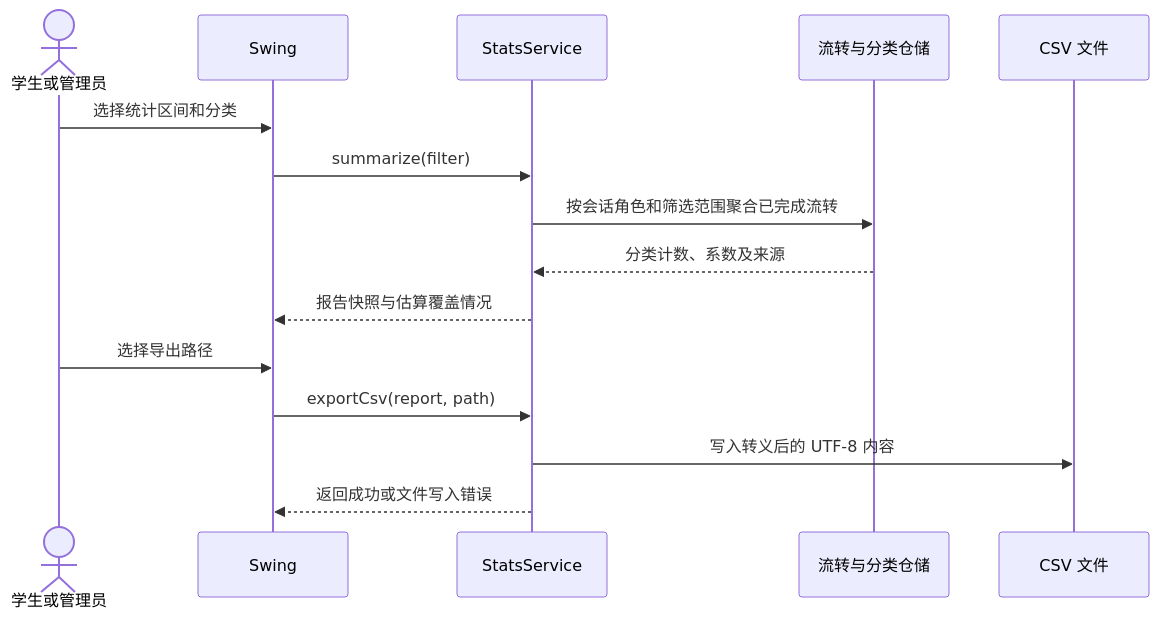
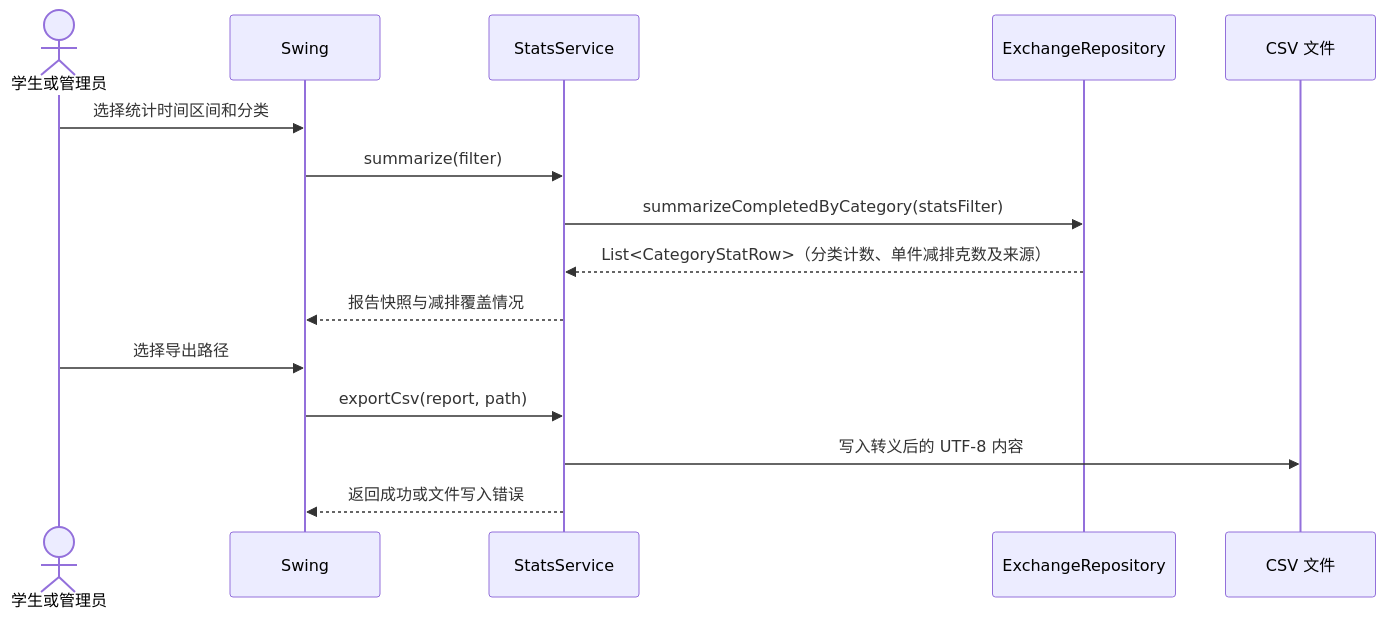
Before and after one commit to Ayin-gqzz/campus-resource-circulation: the fourth of 4 diagrams in docs/uml.md, drawn with Mermaid. The commit also changed other lines of this file and 3 other files, not shown here.

Commit message:
docs: align UML diagrams, architecture, and README with implemented data layer

````diff
--- a/docs/uml.md
+++ b/docs/uml.md
@@ -158,17 +202,17 @@
 ```mermaid
 sequenceDiagram
     actor User as 学生或管理员
     participant UI as Swing
     participant Stats as StatsService
-    participant DB as 流转与分类仓储
+    participant ExRepo as ExchangeRepository
     participant CSV as CSV 文件
-    User->>UI: 选择统计区间和分类
+    User->>UI: 选择统计时间区间和分类
     UI->>Stats: summarize(filter)
-    Stats->>DB: 按会话角色和筛选范围聚合已完成流转
-    DB-->>Stats: 分类计数、系数及来源
-    Stats-->>UI: 报告快照与估算覆盖情况
+    Stats->>ExRepo: summarizeCompletedByCategory(statsFilter)
+    ExRepo-->>Stats: List<CategoryStatRow>（分类计数、单件减排克数及来源）
+    Stats-->>UI: 报告快照与减排覆盖情况
     User->>UI: 选择导出路径
     UI->>Stats: exportCsv(report, path)
     Stats->>CSV: 写入转义后的 UTF-8 内容
     Stats-->>UI: 返回成功或文件写入错误
 ```
````
